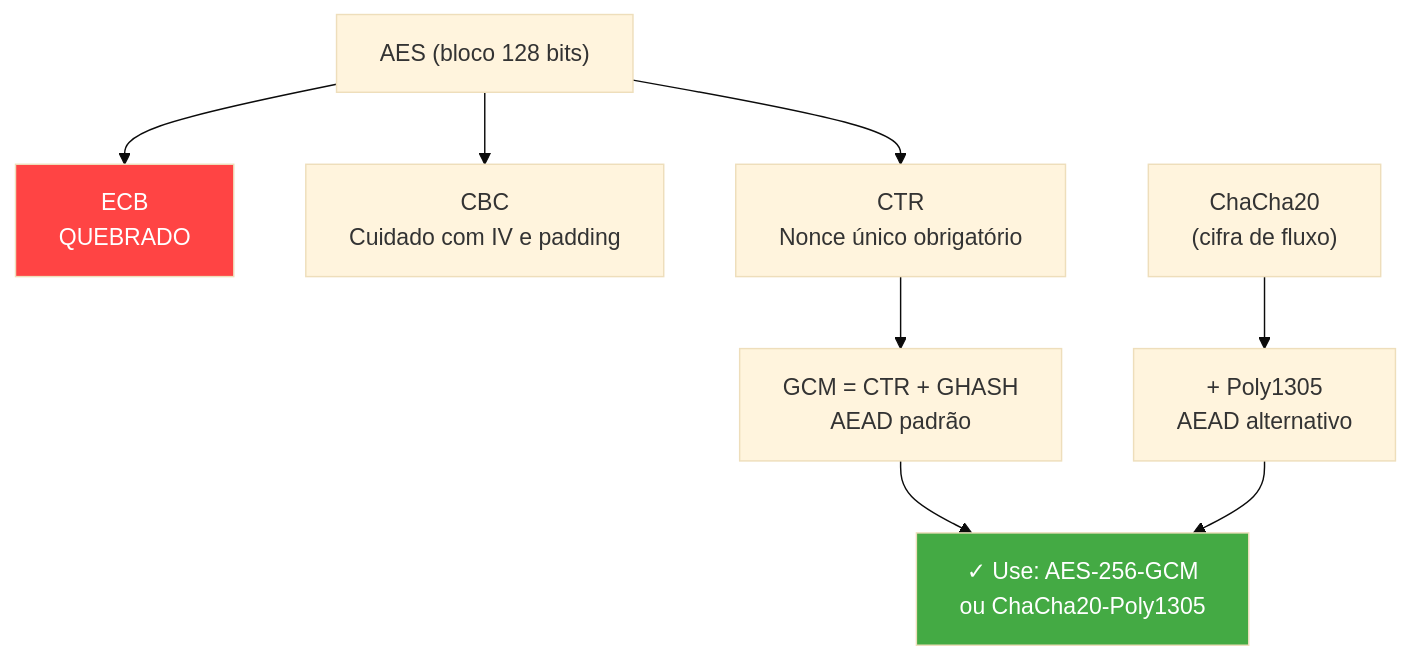
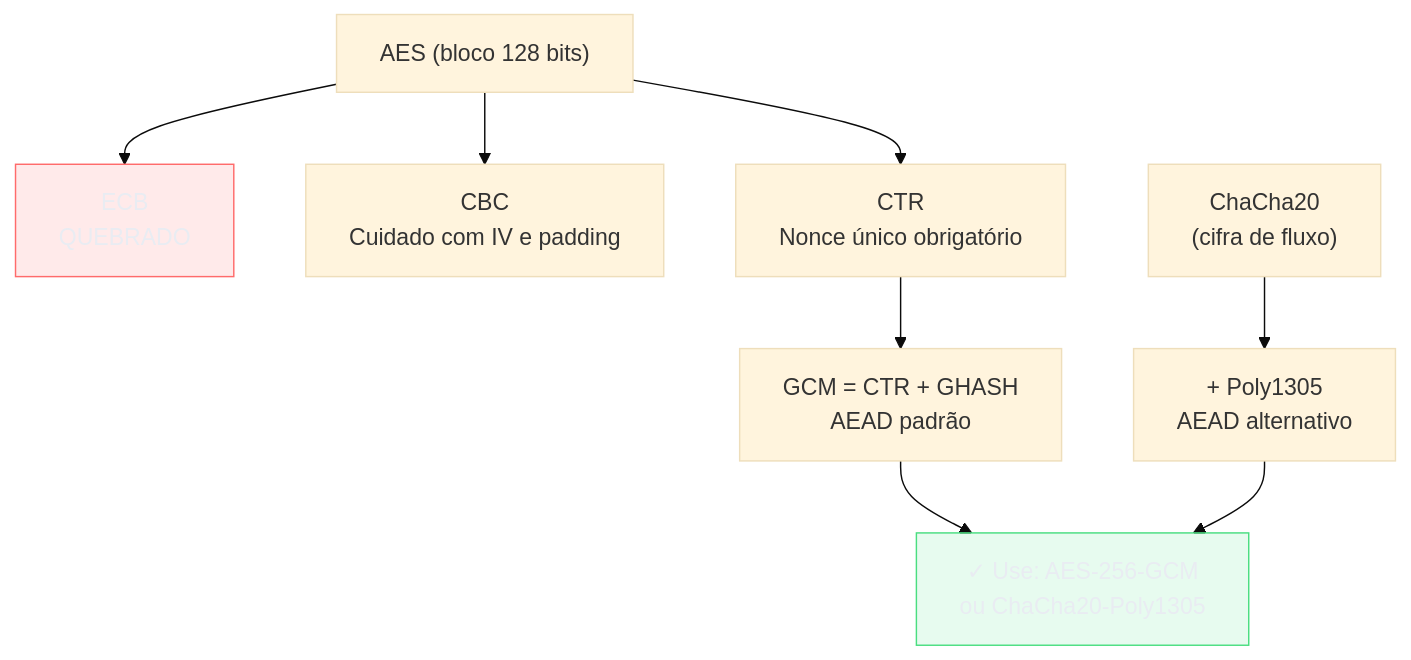
The third of 8 diagrams in 03-Dominios/Engenharia/Segurança/07 - Criptografia simétrica.md (josenaldo/codex-technomanticus), drawn with Mermaid (base theme) before and after one commit. The commit also changed other lines of this file and 1181 other files, not shown here.

First line of the commit message:
fix(diagramas): paleta do sistema no lugar de cor cravada no markdown

````diff
--- a/03-Dominios/Engenharia/Segurança/07 - Criptografia simétrica.md
+++ b/03-Dominios/Engenharia/Segurança/07 - Criptografia simétrica.md
@@ -134,12 +134,14 @@
 ```mermaid
 flowchart TD
+  classDef falha fill:#FF6B6B24,stroke:#FF6B6B,color:#E9ECF2
+  classDef ok fill:#4ADE8021,stroke:#4ADE80,color:#E9ECF2
   AES_CORE["AES (bloco 128 bits)"] --> ECB["ECB\nQUEBRADO"]
   AES_CORE --> CBC["CBC\nCuidado com IV e padding"]
   AES_CORE --> CTR["CTR\nNonce único obrigatório"]
   CTR --> GCM["GCM = CTR + GHASH\nAEAD padrão"]
   CHACHA["ChaCha20\n(cifra de fluxo)"] --> POLY["+ Poly1305\nAEAD alternativo"]
   GCM --> RECOMENDADO["✓ Use: AES-256-GCM\nou ChaCha20-Poly1305"]
   POLY --> RECOMENDADO
-  style ECB fill:#ff4444,color:#fff
-  style RECOMENDADO fill:#44aa44,color:#fff
+  class ECB falha
+  class RECOMENDADO ok
 ```
````
